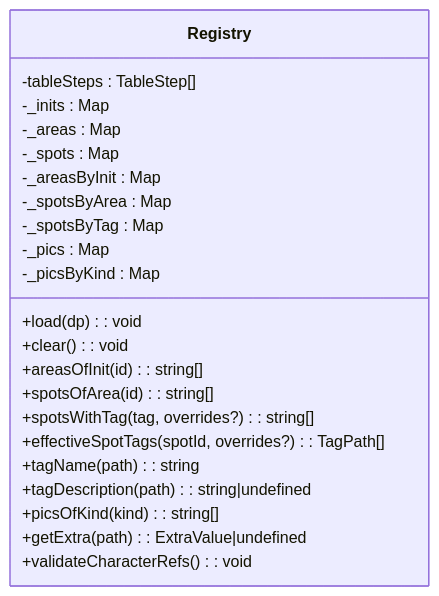
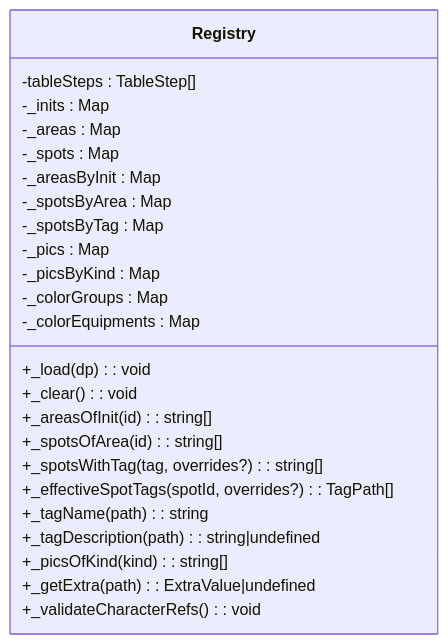
The third of 8 diagrams in .qoder/repowiki/zh/content/数据系统/注册表系统.md (EsiLA9/Arona-Clicker), drawn with Mermaid before and after one commit. The commit also changed other lines of this file and 76 other files, not shown here.

````diff
--- a/.qoder/repowiki/zh/content/数据系统/注册表系统.md
+++ b/.qoder/repowiki/zh/content/数据系统/注册表系统.md
@@ -117,25 +137,27 @@
 ```mermaid
 classDiagram
 class Registry {
 -tableSteps : TableStep[]
 -_inits : Map
 -_areas : Map
 -_spots : Map
 -_areasByInit : Map
 -_spotsByArea : Map
 -_spotsByTag : Map
 -_pics : Map
 -_picsByKind : Map
-+load(dp) : void
-+clear() : void
-+areasOfInit(id) : string[]
-+spotsOfArea(id) : string[]
-+spotsWithTag(tag, overrides?) : string[]
-+effectiveSpotTags(spotId, overrides?) : TagPath[]
-+tagName(path) : string
-+tagDescription(path) : string|undefined
-+picsOfKind(kind) : string[]
-+getExtra(path) : ExtraValue|undefined
-+validateCharacterRefs() : void
+-_colorGroups : Map
+-_colorEquipments : Map
++_load(dp) : void
++_clear() : void
++_areasOfInit(id) : string[]
++_spotsOfArea(id) : string[]
++_spotsWithTag(tag, overrides?) : string[]
++_effectiveSpotTags(spotId, overrides?) : TagPath[]
++_tagName(path) : string
++_tagDescription(path) : string|undefined
++_picsOfKind(kind) : string[]
++_getExtra(path) : ExtraValue|undefined
++_validateCharacterRefs() : void
 }
 ```
````
